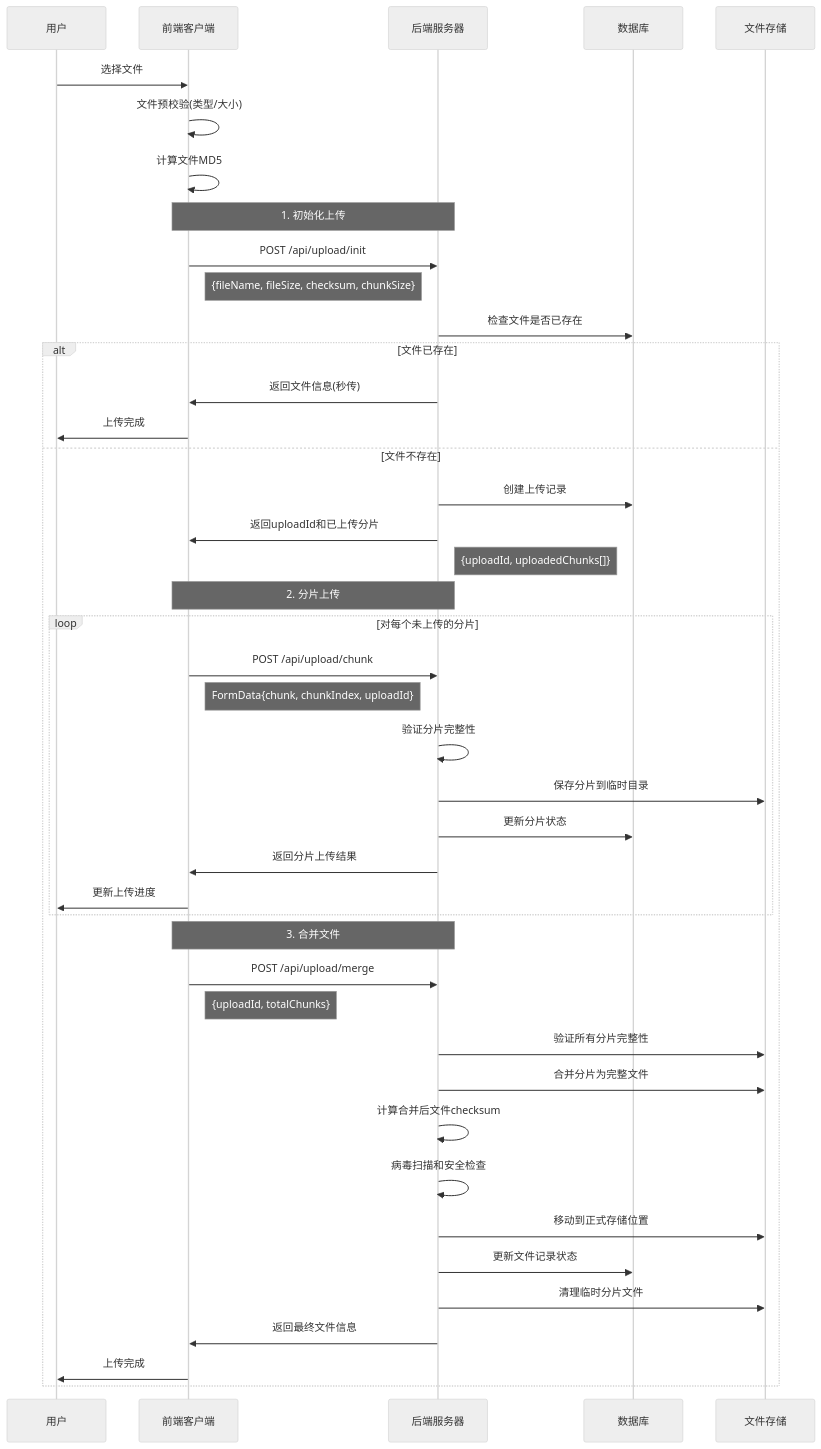
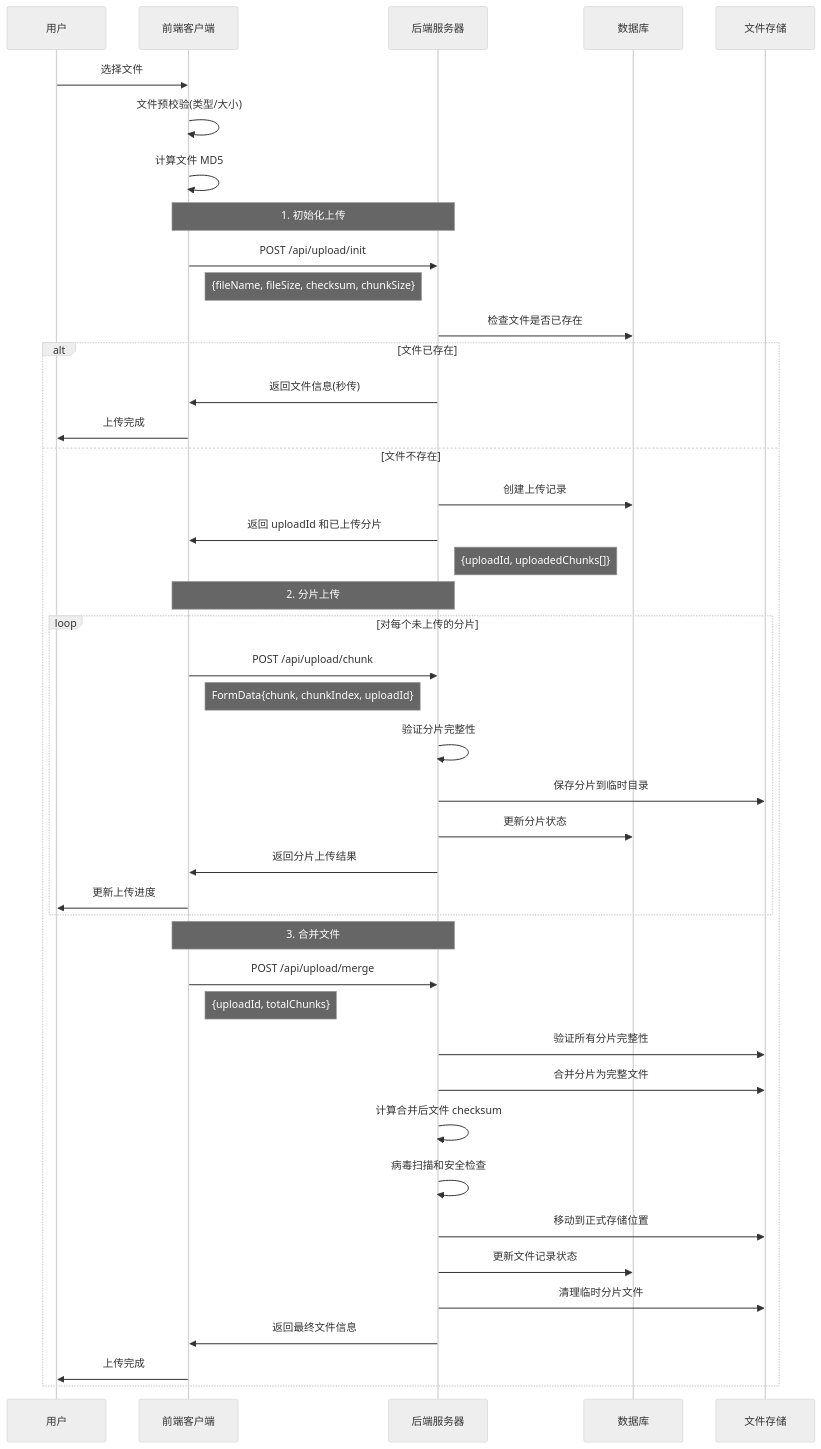
Before and after one commit to weihongyu12/web: the second of 4 diagrams in docs/features/file-upload/README.md, drawn with Mermaid (neutral theme). The commit also changed other lines of this file, not shown here.

````diff
--- a/docs/features/file-upload/README.md
+++ b/docs/features/file-upload/README.md
@@ -93,49 +135,49 @@
 ```mermaid
 sequenceDiagram
     participant U as 用户
     participant C as 前端客户端
     participant S as 后端服务器
     participant DB as 数据库
     participant FS as 文件存储
 
     U->>C: 选择文件
     C->>C: 文件预校验(类型/大小)
-    C->>C: 计算文件MD5
+    C->>C: 计算文件 MD5
     
     Note over C,S: 1. 初始化上传
     C->>S: POST /api/upload/init
     Note right of C: {fileName, fileSize, checksum, chunkSize}
     S->>DB: 检查文件是否已存在
     alt 文件已存在
         S->>C: 返回文件信息(秒传)
         C->>U: 上传完成
     else 文件不存在
         S->>DB: 创建上传记录
-        S->>C: 返回uploadId和已上传分片
+        S->>C: 返回 uploadId 和已上传分片
         Note right of S: {uploadId, uploadedChunks[]}
         
         Note over C,S: 2. 分片上传
         loop 对每个未上传的分片
             C->>S: POST /api/upload/chunk
             Note right of C: FormData{chunk, chunkIndex, uploadId}
             S->>S: 验证分片完整性
             S->>FS: 保存分片到临时目录
             S->>DB: 更新分片状态
             S->>C: 返回分片上传结果
             C->>U: 更新上传进度
         end
         
         Note over C,S: 3. 合并文件
         C->>S: POST /api/upload/merge
         Note right of C: {uploadId, totalChunks}
         S->>FS: 验证所有分片完整性
         S->>FS: 合并分片为完整文件
-        S->>S: 计算合并后文件checksum
+        S->>S: 计算合并后文件 checksum
         S->>S: 病毒扫描和安全检查
         S->>FS: 移动到正式存储位置
         S->>DB: 更新文件记录状态
         S->>FS: 清理临时分片文件
         S->>C: 返回最终文件信息
         C->>U: 上传完成
     end
 ```
````
